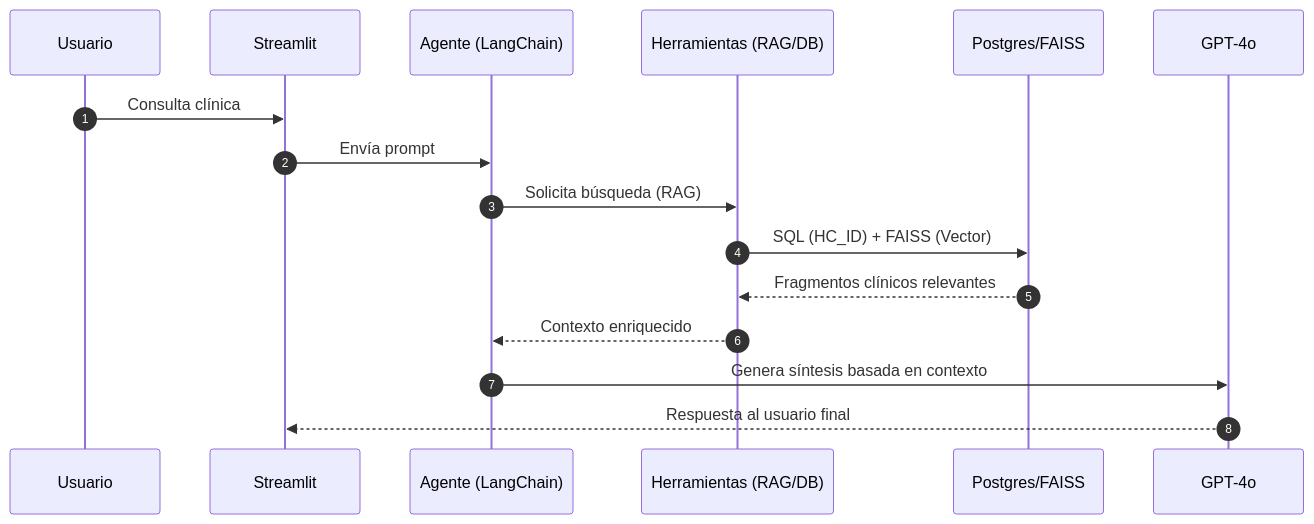
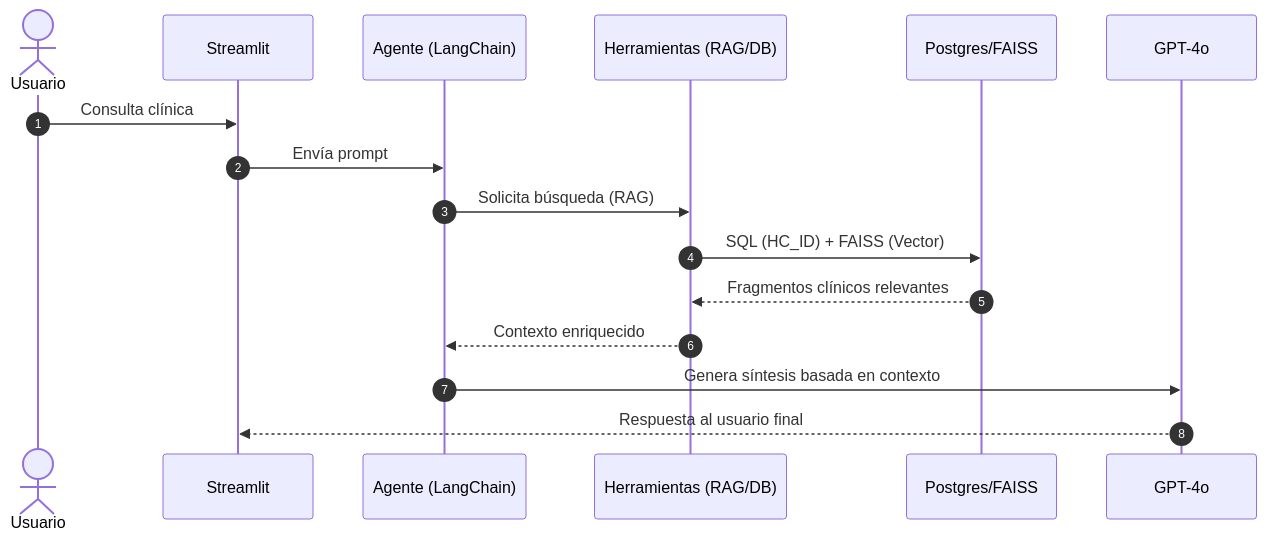
One commit to devhadson/Project-Agentic-AI-SMAI changed the fourth of 7 diagrams in README.md. Above: the diagram before and after it, drawn with Mermaid. The commit also changed other lines of this file, not shown here.

````diff
--- a/README.md
+++ b/README.md
@@ -189,20 +189,20 @@
 ```mermaid
 sequenceDiagram
     autonumber
-    participant User as Usuario
+    actor User as Usuario
     participant UI as Streamlit
     participant Agent as Agente (LangChain)
     participant Tools as Herramientas (RAG/DB)
     participant DB as Postgres/FAISS
     participant LLM as GPT-4o
 
     User->>UI: Consulta clínica
     UI->>Agent: Envía prompt
     Agent->>Tools: Solicita búsqueda (RAG)
     Tools->>DB: SQL (HC_ID) + FAISS (Vector)
     DB-->>Tools: Fragmentos clínicos relevantes
     Tools-->>Agent: Contexto enriquecido
     Agent->>LLM: Genera síntesis basada en contexto
     LLM-->>UI: Respuesta al usuario final
 
 ```
````
